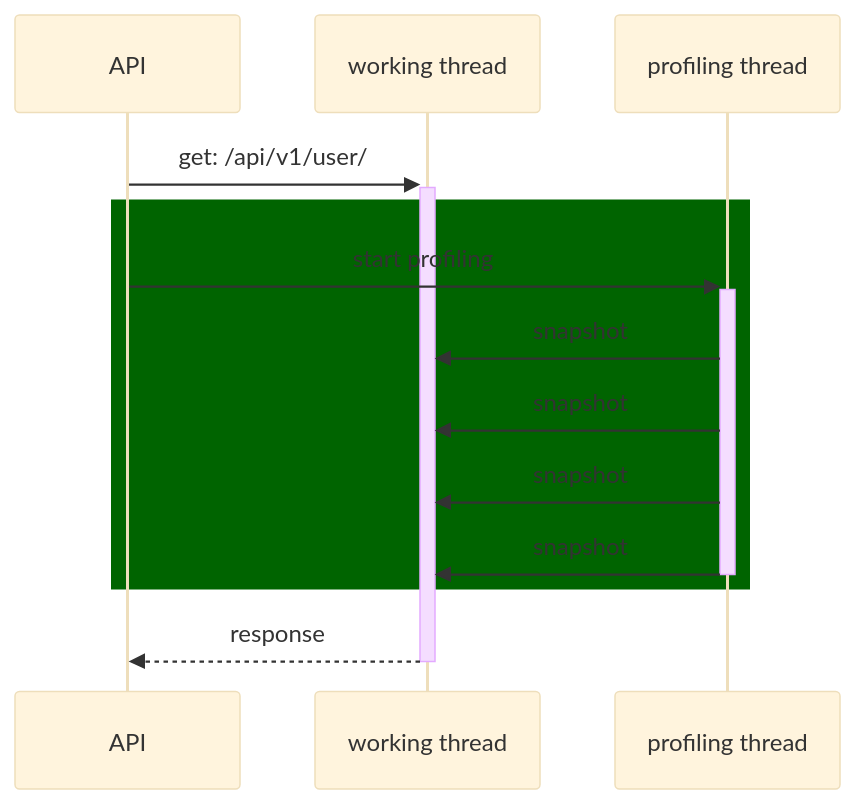
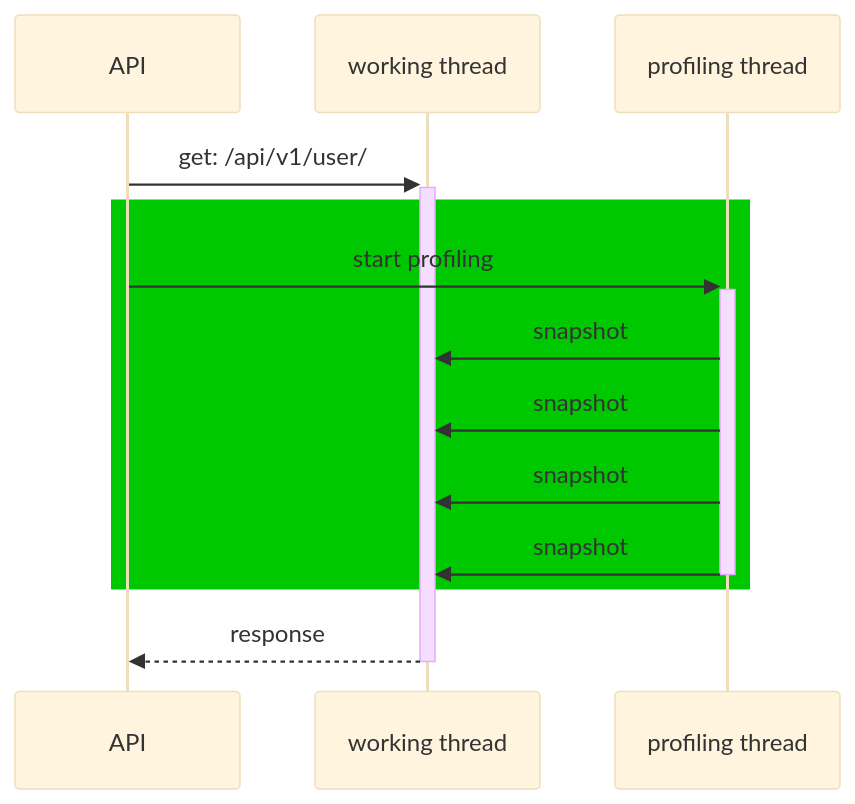
Before and after one commit to apache/skywalking-python: the first of 3 diagrams in docs/en/profiling/profilng.md, drawn with Mermaid (base theme).

````diff
--- a/docs/en/profiling/profilng.md
+++ b/docs/en/profiling/profilng.md
@@ -8,12 +8,12 @@
 ```mermaid
 sequenceDiagram
     API->>+working thread: get: /api/v1/user/
-    rect rgb(0,100,0)
+    rect rgb(0,200,0)
     API->>+profiling thread: start profiling
     profiling thread->>working thread: snapshot
     profiling thread->>working thread: snapshot
     profiling thread->>working thread: snapshot
     profiling thread->>-working thread: snapshot
     end
     working thread-->>-API: response
 ```
````
